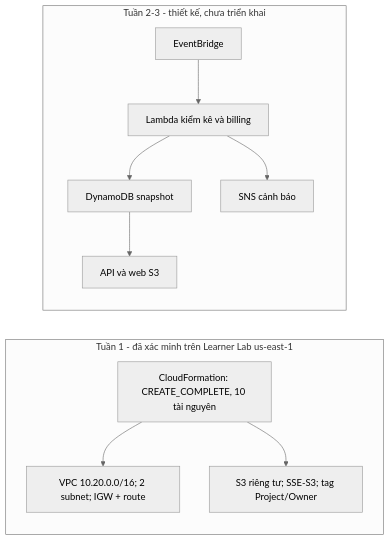
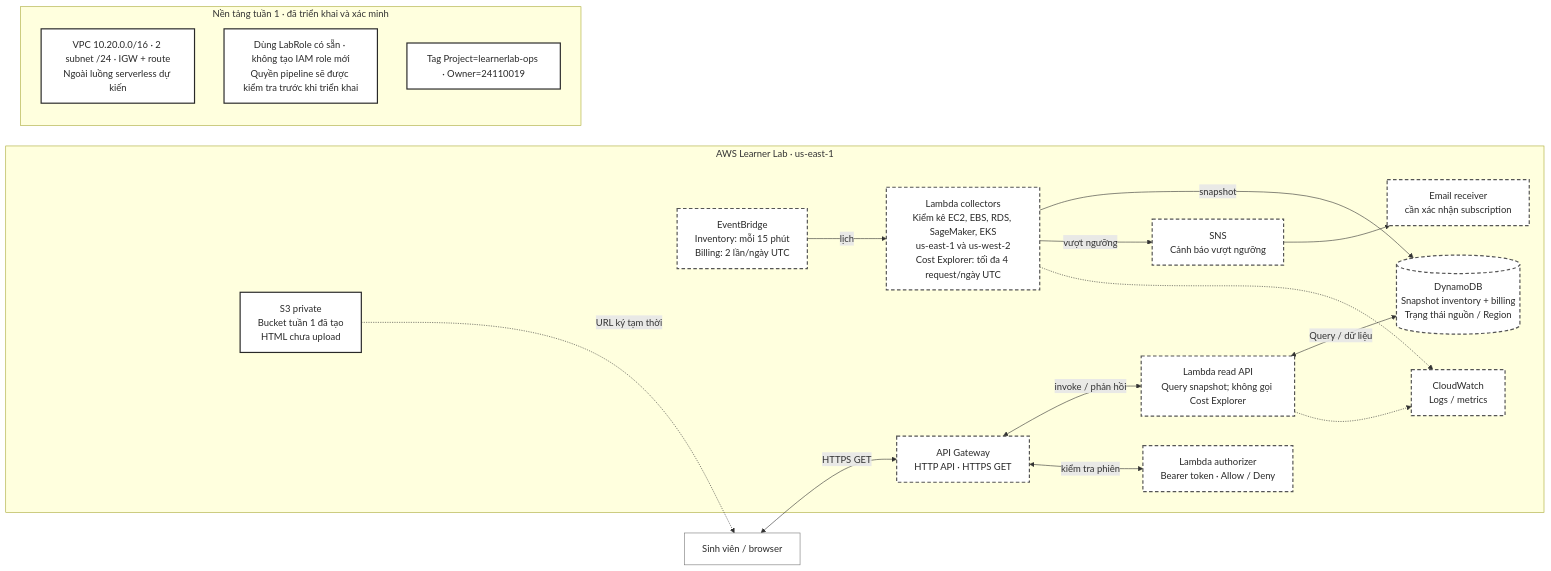
The diagram in docs/diagrams/architecture-week1-simple.mmd (leminhhuy-ute/learnerlab-ops-dashboard), drawn with Mermaid before and after one commit. The commit also changed 7 other files, not shown here.

Commit message:
Improve week one architecture diagram

```diff
--- a/docs/diagrams/architecture-week1-simple.mmd
+++ b/docs/diagrams/architecture-week1-simple.mmd
@@ -1,15 +1,39 @@
-%%{init: {'theme': 'neutral'}}%%
 flowchart LR
-  subgraph w1["Tuần 1 - đã xác minh trên Learner Lab us-east-1"]
-    cf["CloudFormation: CREATE_COMPLETE, 10 tài nguyên"]
-    vpc["VPC 10.20.0.0/16; 2 subnet; IGW + route"]
-    s3["S3 riêng tư; SSE-S3; tag Project/Owner"]
-    cf --> vpc
-    cf --> s3
+  subgraph lab["AWS Learner Lab · us-east-1"]
+    eb["EventBridge<br/>Inventory: mỗi 15 phút<br/>Billing: 2 lần/ngày UTC"]
+    collect["Lambda collectors<br/>Kiểm kê EC2, EBS, RDS, SageMaker, EKS<br/>us-east-1 và us-west-2<br/>Cost Explorer: tối đa 4 request/ngày UTC"]
+    db[("DynamoDB<br/>Snapshot inventory + billing<br/>Trạng thái nguồn / Region")]
+    read["Lambda read API<br/>Query snapshot; không gọi Cost Explorer"]
+    api["API Gateway<br/>HTTP API · HTTPS GET"]
+    auth["Lambda authorizer<br/>Bearer token · Allow / Deny"]
+    sns["SNS<br/>Cảnh báo vượt ngưỡng"]
+    email["Email receiver<br/>cần xác nhận subscription"]
+    cw["CloudWatch<br/>Logs / metrics"]
+    bucket["S3 private<br/>Bucket tuần 1 đã tạo<br/>HTML chưa upload"]
+
+    eb -->|lịch| collect
+    collect -->|snapshot| db
+    api <-->|invoke / phản hồi| read
+    read <-->|Query / dữ liệu| db
+    api <-->|kiểm tra phiên| auth
+    collect -->|vượt ngưỡng| sns --> email
+    collect -.-> cw
+    read -.-> cw
   end
-  subgraph future["Tuần 2-3 - thiết kế, chưa triển khai"]
-    eb["EventBridge"] --> lambda["Lambda kiểm kê và billing"]
-    lambda --> db["DynamoDB snapshot"]
-    db --> api["API và web S3"]
-    lambda --> sns["SNS cảnh báo"]
+
+  browser["Sinh viên / browser"] <-->|HTTPS GET| api
+  bucket -.->|URL ký tạm thời| browser
+
+  subgraph foundation["Nền tảng tuần 1 · đã triển khai và xác minh"]
+    vpc["VPC 10.20.0.0/16 · 2 subnet /24 · IGW + route<br/>Ngoài luồng serverless dự kiến"]
+    role["Dùng LabRole có sẵn · không tạo IAM role mới<br/>Quyền pipeline sẽ được kiểm tra trước khi triển khai"]
+    tags["Tag Project=learnerlab-ops · Owner=24110019"]
   end
+
+  classDef verified fill:#ffffff,stroke:#292929,stroke-width:2px,color:#292929;
+  classDef planned fill:#ffffff,stroke:#555555,stroke-width:2px,stroke-dasharray:6 4,color:#292929;
+  classDef external fill:#ffffff,stroke:#777777,stroke-width:1px,color:#292929;
+  class eb,collect,db,read,api,auth,sns,email,cw planned;
+  class bucket verified;
+  class browser external;
+  class vpc,role,tags verified;
```
